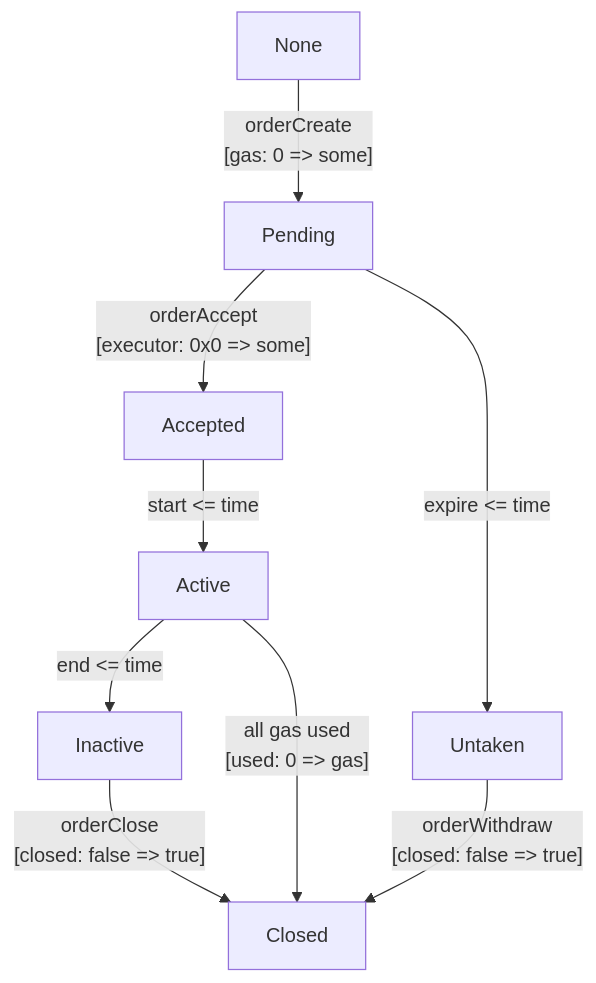
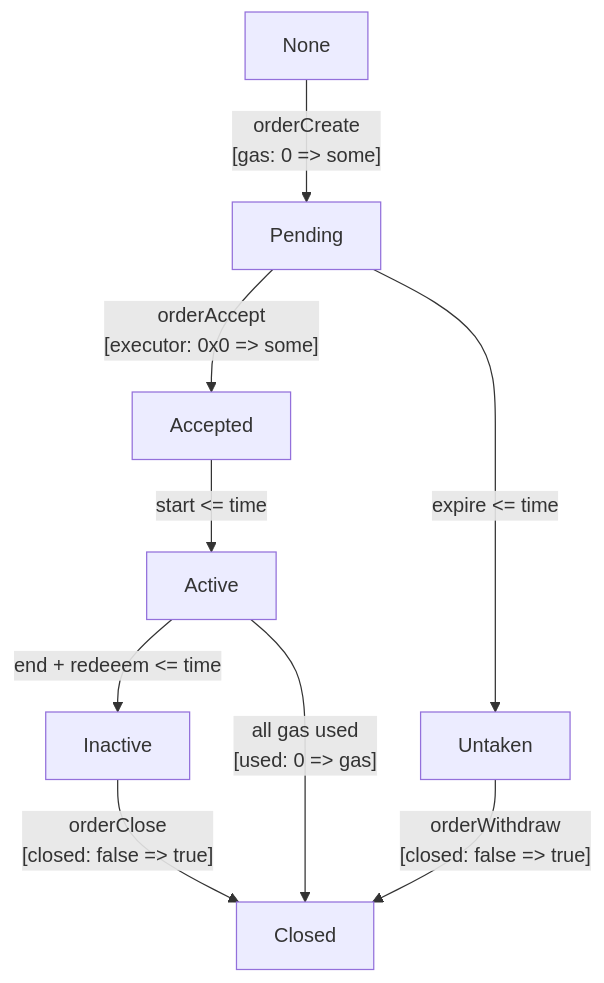
The diagram in README.md (prepaidGas/prepaidgas-dapp), drawn with Mermaid before and after one commit. The commit also changed 4 other files, not shown here.

````diff
--- a/README.md
+++ b/README.md
@@ -13,19 +13,19 @@
 ```mermaid
 graph TB;
 
 None -- orderCreate
 [gas: 0 => some] --> Pending
 Pending -- orderAccept
 [executor: 0x0 => some] --> Accepted
 Accepted -- start <= time --> Active
-Active -- end <= time --> Inactive
+Active -- end + redeeem <= time --> Inactive
 Inactive -- orderClose
 [closed: false => true] --> Closed
 
 Pending -- expire <= time --> Untaken
 Untaken -- orderWithdraw
 [closed: false => true] --> Closed
 
 Active -- all gas used
 [used: 0 => gas] --> Closed
 ```
````
